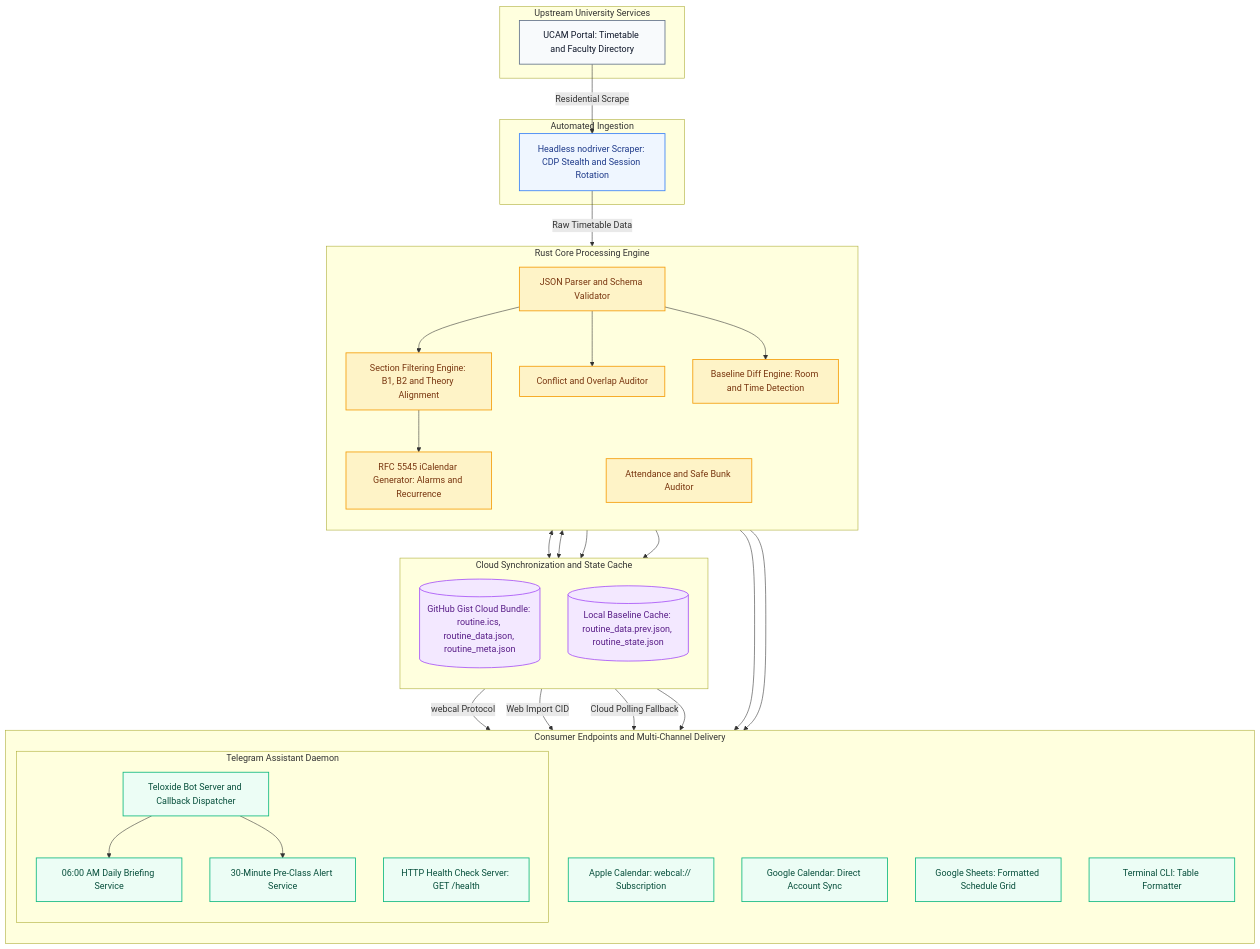
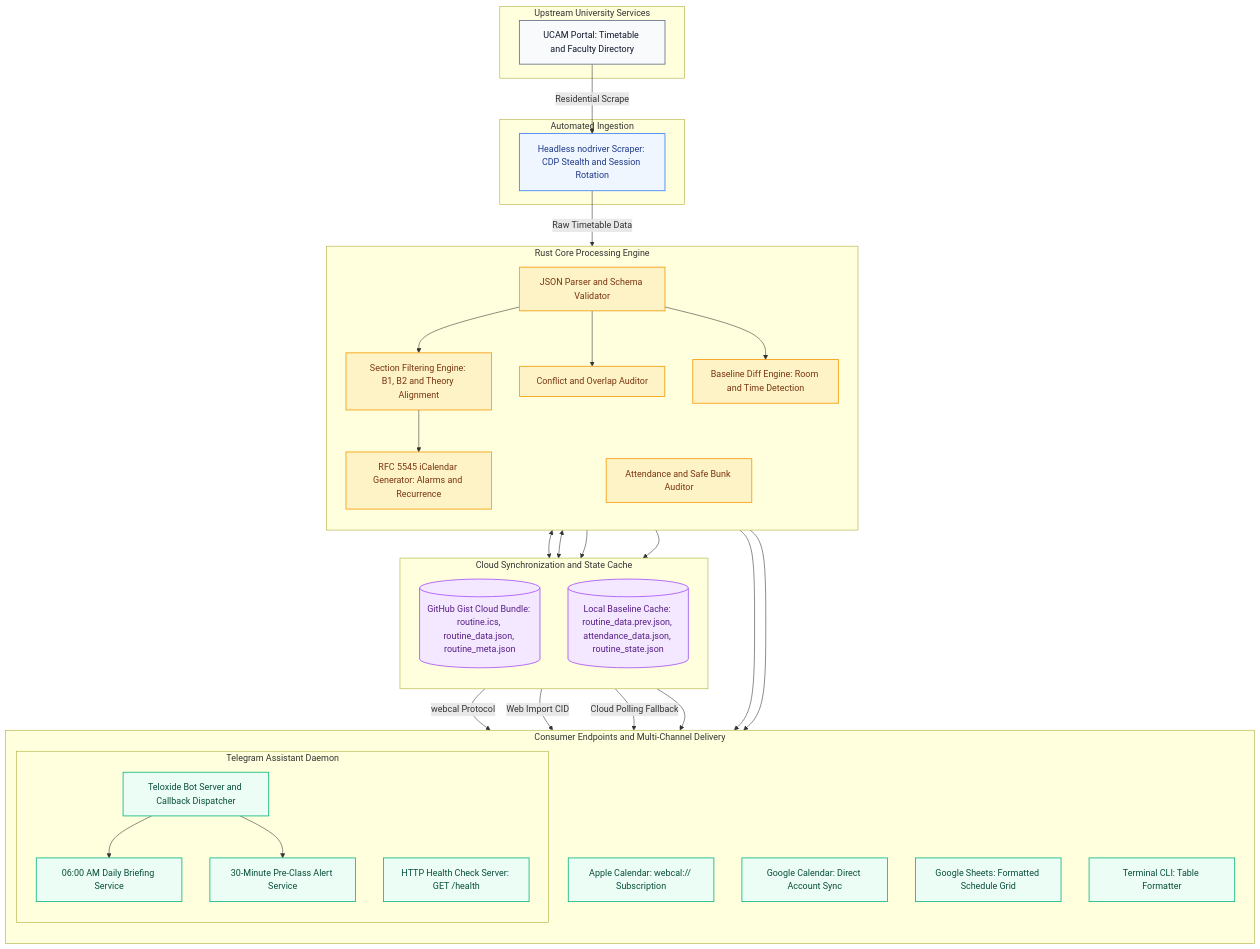
One commit to zaheen4/academic-routine changed the diagram in README.md. Above: the diagram before and after it, drawn with Mermaid. The commit also changed other lines of this file, not shown here.

Commit message:
docs: document attendance import and scraper output

````diff
--- a/README.md
+++ b/README.md
@@ -25,70 +25,70 @@
 ```mermaid
 flowchart TD
     classDef source fill:#f8fafc,stroke:#64748b,stroke-width:1.5px,color:#0f172a;
     classDef scraper fill:#eff6ff,stroke:#3b82f6,stroke-width:1.5px,color:#1e3a8a;
     classDef core fill:#fef3c7,stroke:#f59e0b,stroke-width:1.5px,color:#78350f;
     classDef cloud fill:#f3e8ff,stroke:#a855f7,stroke-width:1.5px,color:#581c87;
     classDef client fill:#ecfdf5,stroke:#10b981,stroke-width:1.5px,color:#064e3b;
 
     subgraph Sources ["Upstream University Services"]
         UCAM["UCAM Portal: Timetable and Faculty Directory"]:::source
     end
 
     subgraph Scraping ["Automated Ingestion"]
         Worker["Headless nodriver Scraper: CDP Stealth and Session Rotation"]:::scraper
     end
 
     subgraph Engine ["Rust Core Processing Engine"]
         direction TB
         Parser["JSON Parser and Schema Validator"]:::core
         DiffEngine["Baseline Diff Engine: Room and Time Detection"]:::core
         SectionFilter["Section Filtering Engine: B1, B2 and Theory Alignment"]:::core
         ConflictAuditor["Conflict and Overlap Auditor"]:::core
         AttendanceAuditor["Attendance and Safe Bunk Auditor"]:::core
         ICalGenerator["RFC 5545 iCalendar Generator: Alarms and Recurrence"]:::core
     end
 
     subgraph SyncLayer ["Cloud Synchronization and State Cache"]
         direction TB
         GistBundle[("GitHub Gist Cloud Bundle: routine.ics, routine_data.json, routine_meta.json")]:::cloud
-        LocalState[("Local Baseline Cache: routine_data.prev.json, routine_state.json")]:::cloud
+        LocalState[("Local Baseline Cache: routine_data.prev.json, attendance_data.json, routine_state.json")]:::cloud
     end
 
     subgraph Delivery ["Consumer Endpoints and Multi-Channel Delivery"]
         direction TB
         subgraph TelegramDaemon ["Telegram Assistant Daemon"]
             TGBot["Teloxide Bot Server and Callback Dispatcher"]:::client
             MorningBriefings["06:00 AM Daily Briefing Service"]:::client
             PreclassAlerts["30-Minute Pre-Class Alert Service"]:::client
             HealthServer["HTTP Health Check Server: GET /health"]:::client
         end
         AppleCal["Apple Calendar: webcal:// Subscription"]:::client
         GoogleCal["Google Calendar: Direct Account Sync"]:::client
         GSheet["Google Sheets: Formatted Schedule Grid"]:::client
         TerminalCLI["Terminal CLI: Table Formatter"]:::client
     end
 
     UCAM -->|Residential Scrape| Worker
     Worker -->|Raw Timetable Data| Parser
 
     Parser --> SectionFilter
     Parser --> ConflictAuditor
     Parser --> DiffEngine
     DiffEngine <--> LocalState
     AttendanceAuditor <--> LocalState
 
     SectionFilter --> ICalGenerator
     ICalGenerator --> GistBundle
     Parser --> GistBundle
 
     GistBundle -->|webcal Protocol| AppleCal
     GistBundle -->|Web Import CID| GoogleCal
     GistBundle -->|Cloud Polling Fallback| TGBot
     LocalState --> TGBot
 
     TGBot --> MorningBriefings
     TGBot --> PreclassAlerts
 
     SectionFilter --> GSheet
     SectionFilter --> TerminalCLI
 ```
````
